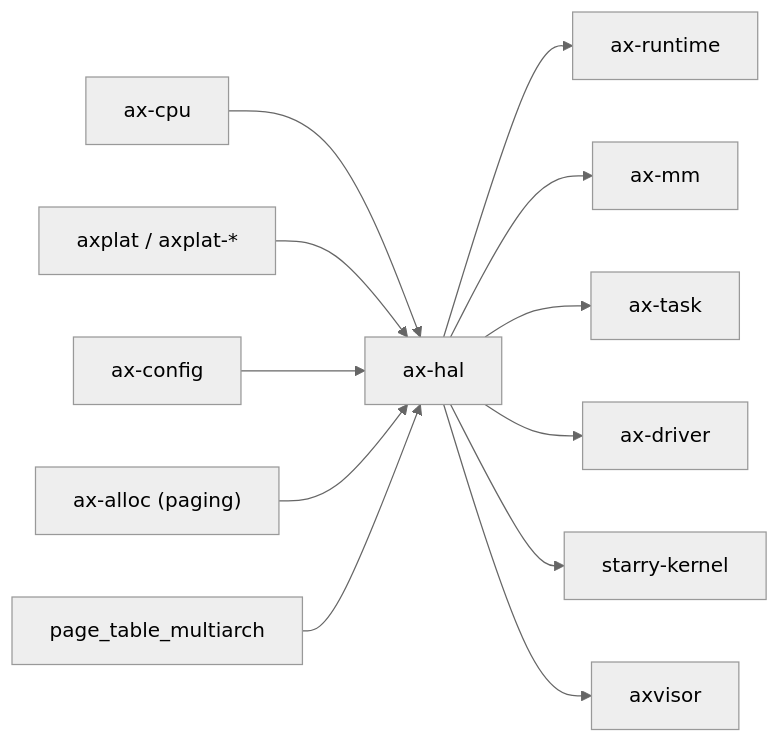
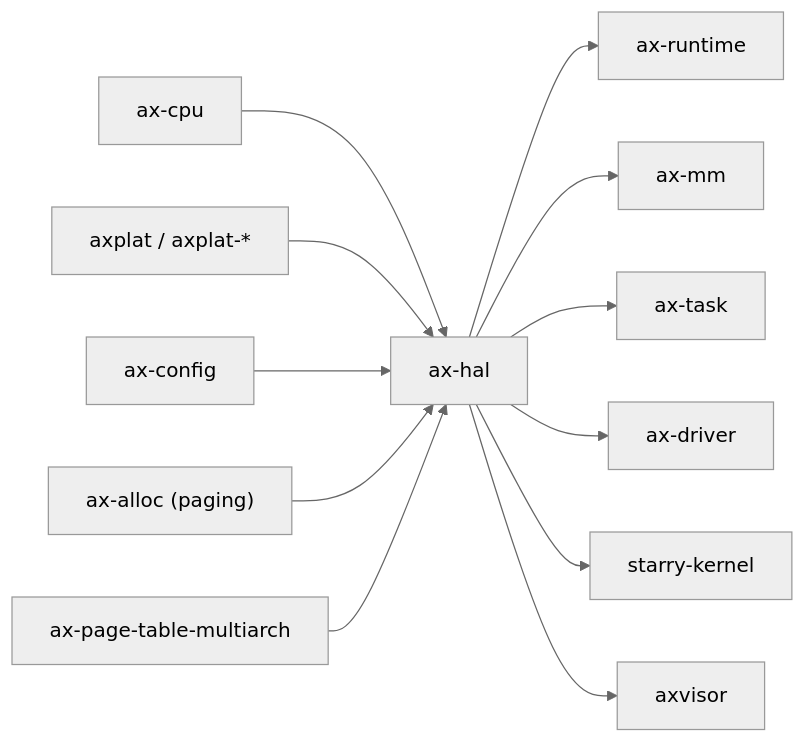
Before and after one commit to zKurisu/tgoskits: the second of 2 diagrams in docs/crates/ax-hal.md, drawn with Mermaid (neutral theme). The commit also changed other lines of this file and 48 other files, not shown here.

Commit message:
rename page_table_multiarch to ax-page-table-multiarch

````diff
--- a/docs/crates/ax-hal.md
+++ b/docs/crates/ax-hal.md
@@ -116,15 +116,15 @@
 ```mermaid
 graph LR
     ax-cpu["ax-cpu"] --> ax-hal["ax-hal"]
     axplat["axplat / axplat-*"] --> ax-hal
     axconfig["ax-config"] --> ax-hal
     ax-alloc["ax-alloc (paging)"] --> ax-hal
-    page_table["page_table_multiarch"] --> ax-hal
+    page_table["ax-page-table-multiarch"] --> ax-hal
 
     ax-hal --> ax-runtime["ax-runtime"]
     ax-hal --> ax-mm["ax-mm"]
     ax-hal --> ax-task["ax-task"]
     ax-hal --> ax-driver["ax-driver"]
     ax-hal --> starry["starry-kernel"]
     ax-hal --> axvisor["axvisor"]
 ```
````
